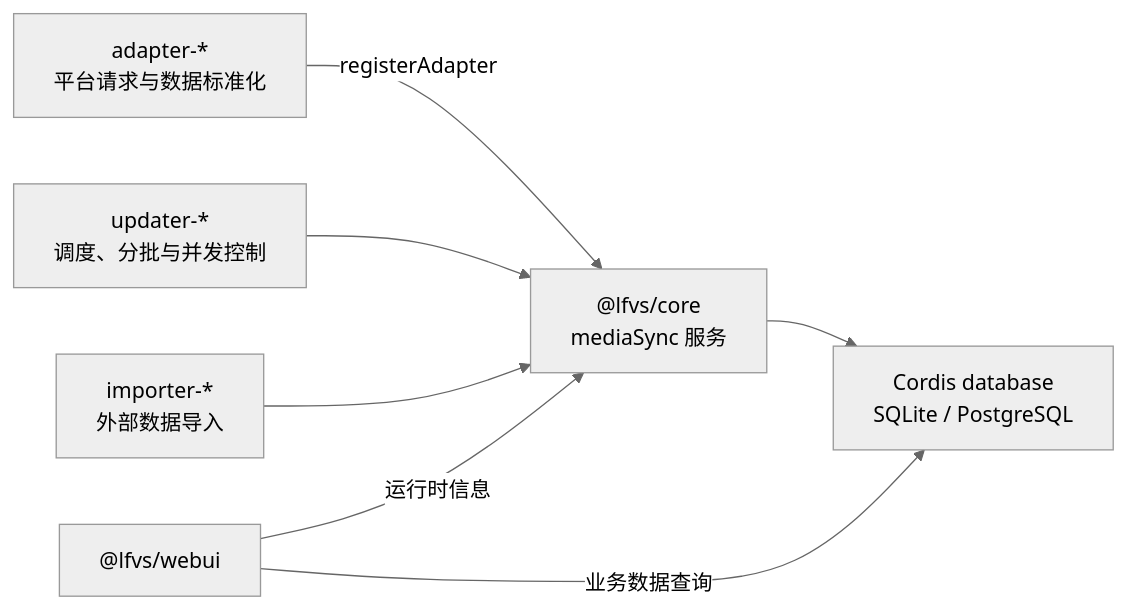
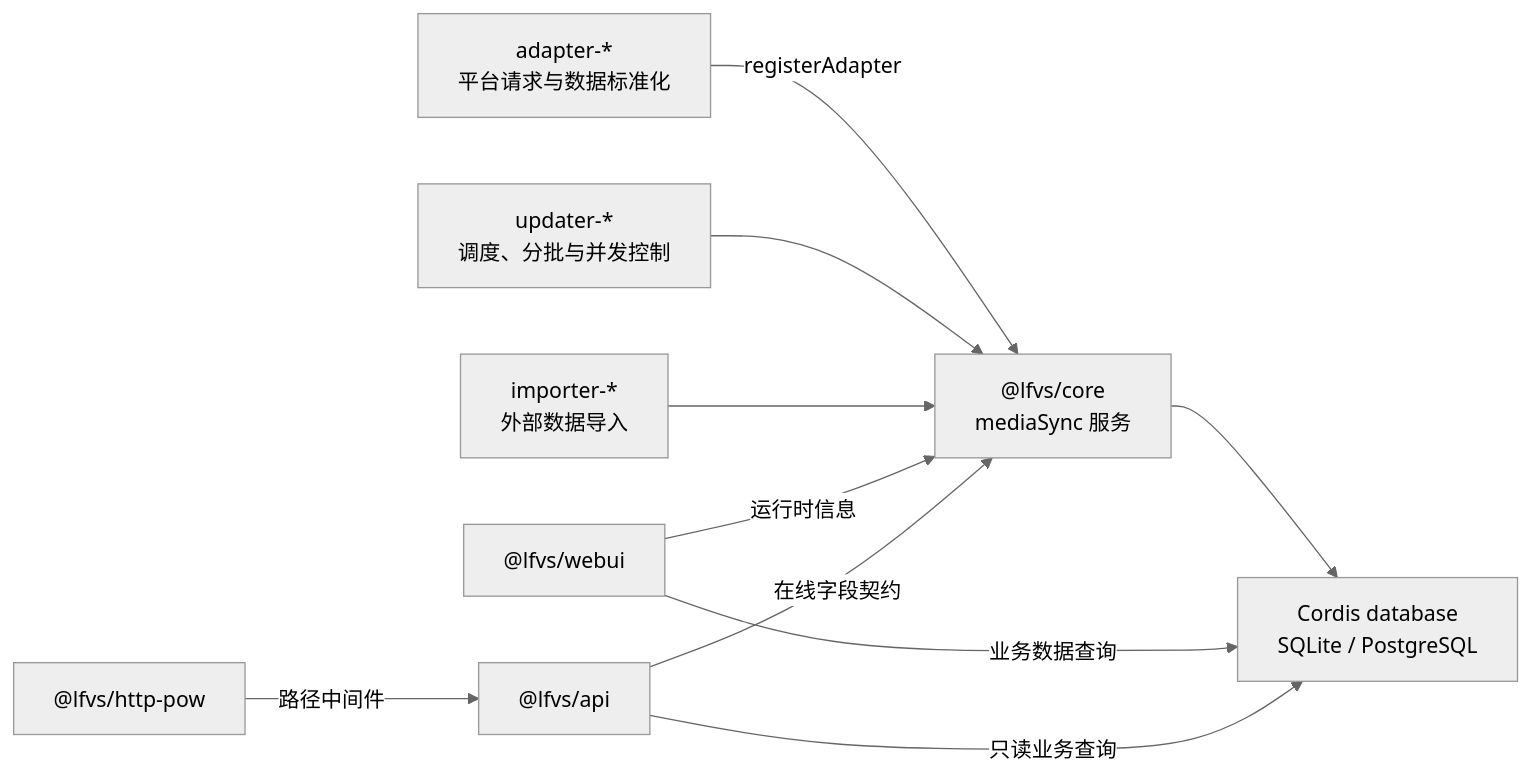
Before and after one commit to NightWorks-Studios/lfvs-2: the first of 2 diagrams in README.md, drawn with Mermaid (neutral theme). The commit also changed other lines of this file and 15 other files, not shown here.

````diff
--- a/README.md
+++ b/README.md
@@ -15,9 +17,12 @@
 ```mermaid
 flowchart LR
   Adapter["adapter-*<br/>平台请求与数据标准化"] -->|registerAdapter| Core["@lfvs/core<br/>mediaSync 服务"]
   Updater["updater-*<br/>调度、分批与并发控制"] --> Core
   Importer["importer-*<br/>外部数据导入"] --> Core
   Core --> Database["Cordis database<br/>SQLite / PostgreSQL"]
   WebUI["@lfvs/webui"] -->|运行时信息| Core
   WebUI -->|业务数据查询| Database
+  API["@lfvs/api"] -->|在线字段契约| Core
+  API -->|只读业务查询| Database
+  PoW["@lfvs/http-pow"] -->|路径中间件| API
 ```
````
